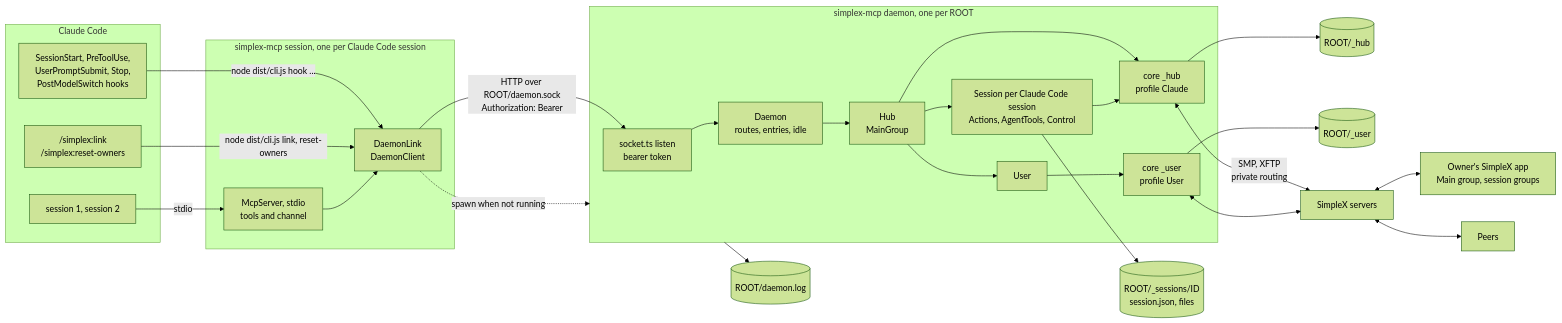
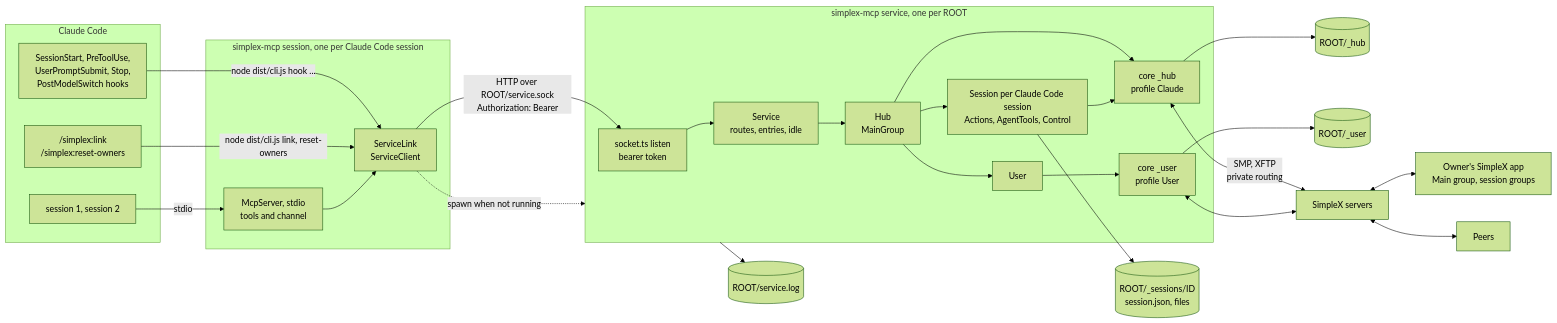
Before and after one commit to simplex-chat/simplex-chat: the third of 5 diagrams in packages/simplex-chat-mcp/spec/architecture.md, drawn with Mermaid (forest theme). The commit also changed other lines of this file and 28 other files, not shown here.

Commit message:
mcp: rename the plugin's daemon to the service

````diff
--- a/packages/simplex-chat-mcp/spec/architecture.md
+++ b/packages/simplex-chat-mcp/spec/architecture.md
@@ -713,41 +713,41 @@
 ```mermaid
 flowchart LR
   subgraph cc["Claude Code"]
     ses["session 1, session 2"]
     hk["SessionStart, PreToolUse,<br/>UserPromptSubmit, Stop,<br/>PostModelSwitch hooks"]
     sk["/simplex:link<br/>/simplex:reset-owners"]
   end
   subgraph ps["simplex-mcp session, one per Claude Code session"]
     mcp["McpServer, stdio<br/>tools and channel"]
-    link["DaemonLink<br/>DaemonClient"]
+    link["ServiceLink<br/>ServiceClient"]
   end
-  subgraph pd["simplex-mcp daemon, one per ROOT"]
+  subgraph pd["simplex-mcp service, one per ROOT"]
     sock["socket.ts listen<br/>bearer token"]
-    dm["Daemon<br/>routes, entries, idle"]
+    dm["Service<br/>routes, entries, idle"]
     hub["Hub<br/>MainGroup"]
     sess["Session per Claude Code session<br/>Actions, AgentTools, Control"]
     user["User"]
     hcore["core _hub<br/>profile Claude"]
     ucore["core _user<br/>profile User"]
   end
   ses -->|stdio| mcp
   hk -->|"node dist/cli.js hook ..."| link
   sk -->|"node dist/cli.js link, reset-owners"| link
   mcp --> link
-  link -->|"HTTP over ROOT/daemon.sock<br/>Authorization: Bearer"| sock
+  link -->|"HTTP over ROOT/service.sock<br/>Authorization: Bearer"| sock
   link -.->|"spawn when not running"| pd
   sock --> dm --> hub
   hub --> sess
   hub --> user
   hub --> hcore
   sess --> hcore
   user --> ucore
   hcore --> hdb[("ROOT/_hub")]
   ucore --> udb[("ROOT/_user")]
   sess --> sdb[("ROOT/_sessions/ID<br/>session.json, files")]
   hcore <-->|"SMP, XFTP<br/>private routing"| net["SimpleX servers"]
   ucore <--> net
   net <--> owner["Owner's SimpleX app<br/>Main group, session groups"]
   net <--> peers["Peers"]
-  pd --> logf[("ROOT/daemon.log")]
+  pd --> logf[("ROOT/service.log")]
 ```
````
